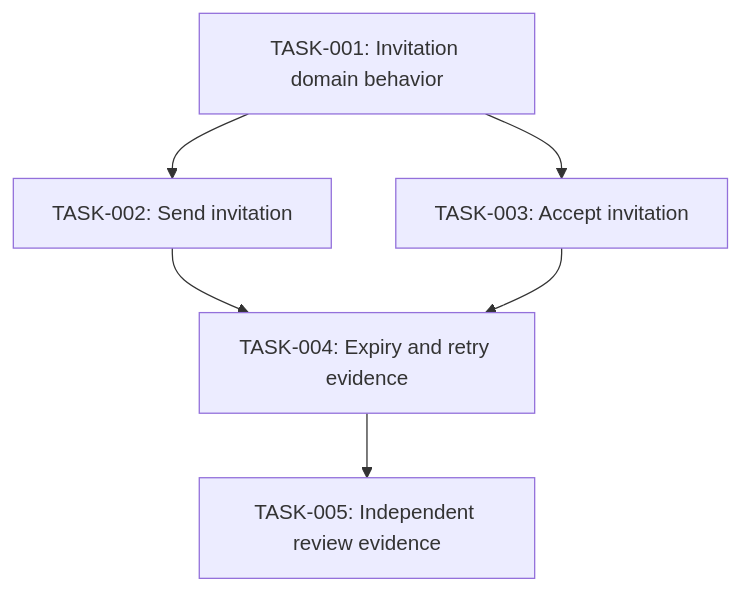
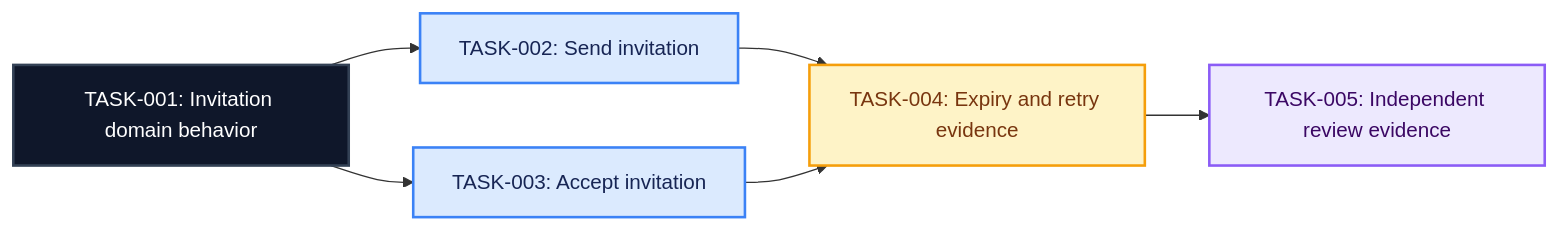
Before and after one commit to rmjosea/agentic-sdlc-kit: the second of 5 diagrams in docs/usage-guide.md, drawn with Mermaid. The commit also changed other lines of this file and 1 other file, not shown here.

````diff
--- a/docs/usage-guide.md
+++ b/docs/usage-guide.md
@@ -483,8 +511,17 @@
 ```mermaid
-flowchart TD
+flowchart LR
     T1["TASK-001: Invitation domain behavior"] --> T2["TASK-002: Send invitation"]
     T1 --> T3["TASK-003: Accept invitation"]
     T2 --> T4["TASK-004: Expiry and retry evidence"]
     T3 --> T4
     T4 --> T5["TASK-005: Independent review evidence"]
+
+    classDef foundation fill:#0f172a,color:#ffffff,stroke:#334155,stroke-width:2px;
+    classDef parallel fill:#dbeafe,color:#172554,stroke:#3b82f6,stroke-width:2px;
+    classDef gate fill:#fef3c7,color:#78350f,stroke:#f59e0b,stroke-width:2px;
+    classDef proof fill:#ede9fe,color:#3b0764,stroke:#8b5cf6,stroke-width:2px;
+    class T1 foundation;
+    class T2,T3 parallel;
+    class T4 gate;
+    class T5 proof;
 ```
````
